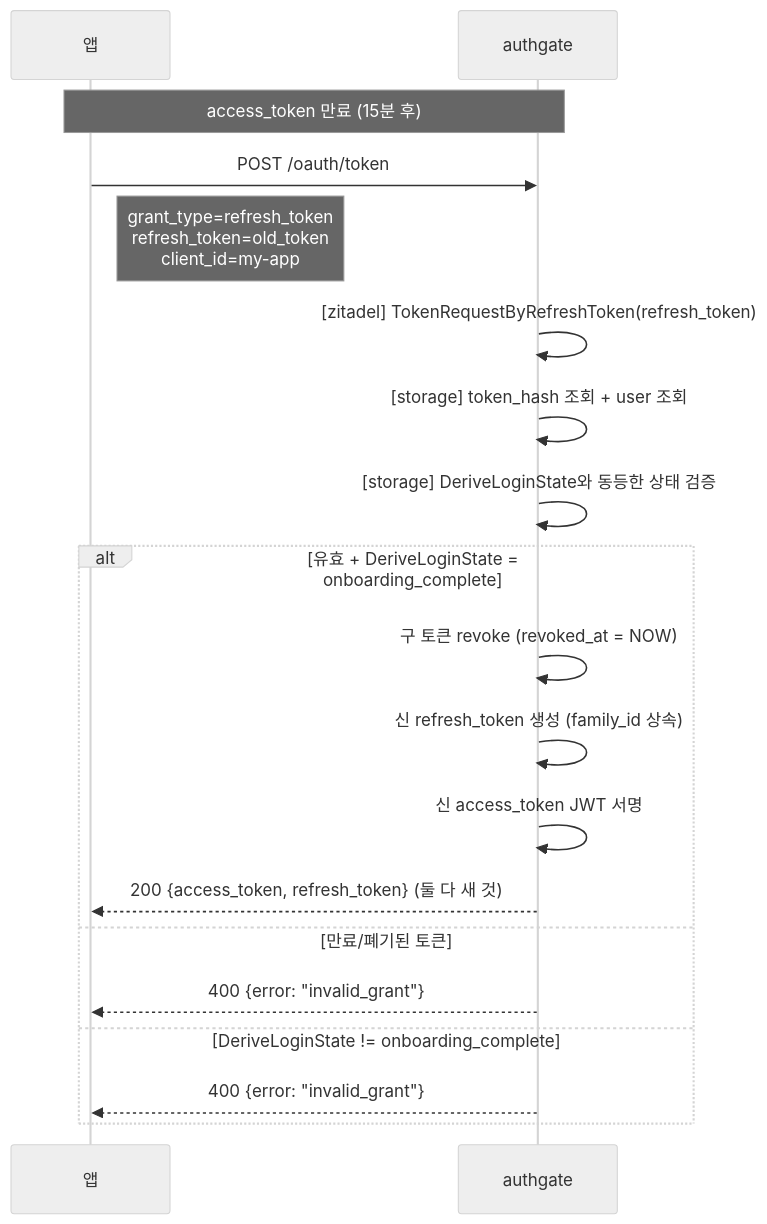
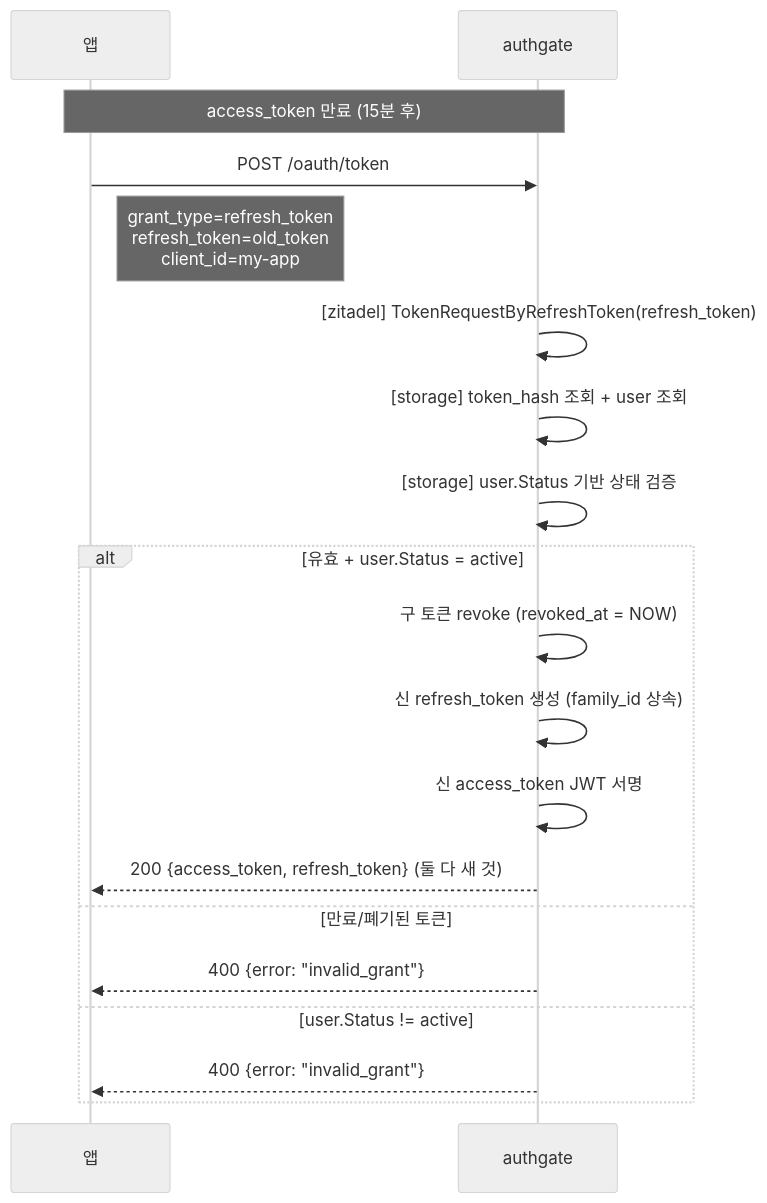
Before and after one commit to cagojeiger/authgate: the first of 4 diagrams in docs/spec/005-token-lifecycle.md, drawn with Mermaid (neutral theme). The commit also changed other lines of this file and 26 other files, not shown here.

````diff
--- a/docs/spec/005-token-lifecycle.md
+++ b/docs/spec/005-token-lifecycle.md
@@ -33,24 +34,24 @@
 ```mermaid
 sequenceDiagram
     participant App as 앱
     participant AG as authgate
 
     Note over App,AG: access_token 만료 (15분 후)
     App->>AG: POST /oauth/token
     Note right of App: grant_type=refresh_token<br/>refresh_token=old_token<br/>client_id=my-app
 
     AG->>AG: [zitadel] TokenRequestByRefreshToken(refresh_token)
     AG->>AG: [storage] token_hash 조회 + user 조회
-    AG->>AG: [storage] DeriveLoginState와 동등한 상태 검증
+    AG->>AG: [storage] user.Status 기반 상태 검증
 
-    alt 유효 + DeriveLoginState = onboarding_complete
+    alt 유효 + user.Status = active
         AG->>AG: 구 토큰 revoke (revoked_at = NOW)
         AG->>AG: 신 refresh_token 생성 (family_id 상속)
         AG->>AG: 신 access_token JWT 서명
         AG-->>App: 200 {access_token, refresh_token} (둘 다 새 것)
     else 만료/폐기된 토큰
         AG-->>App: 400 {error: "invalid_grant"}
-    else DeriveLoginState != onboarding_complete
+    else user.Status != active
         AG-->>App: 400 {error: "invalid_grant"}
     end
 ```
````
